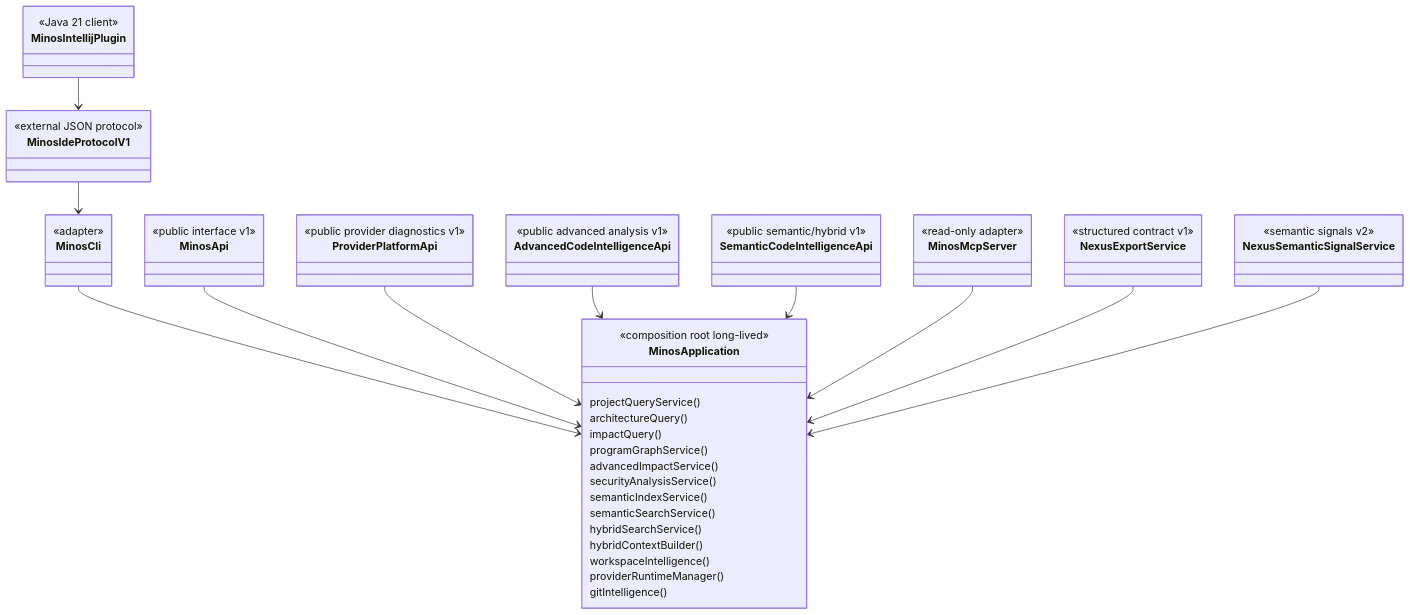
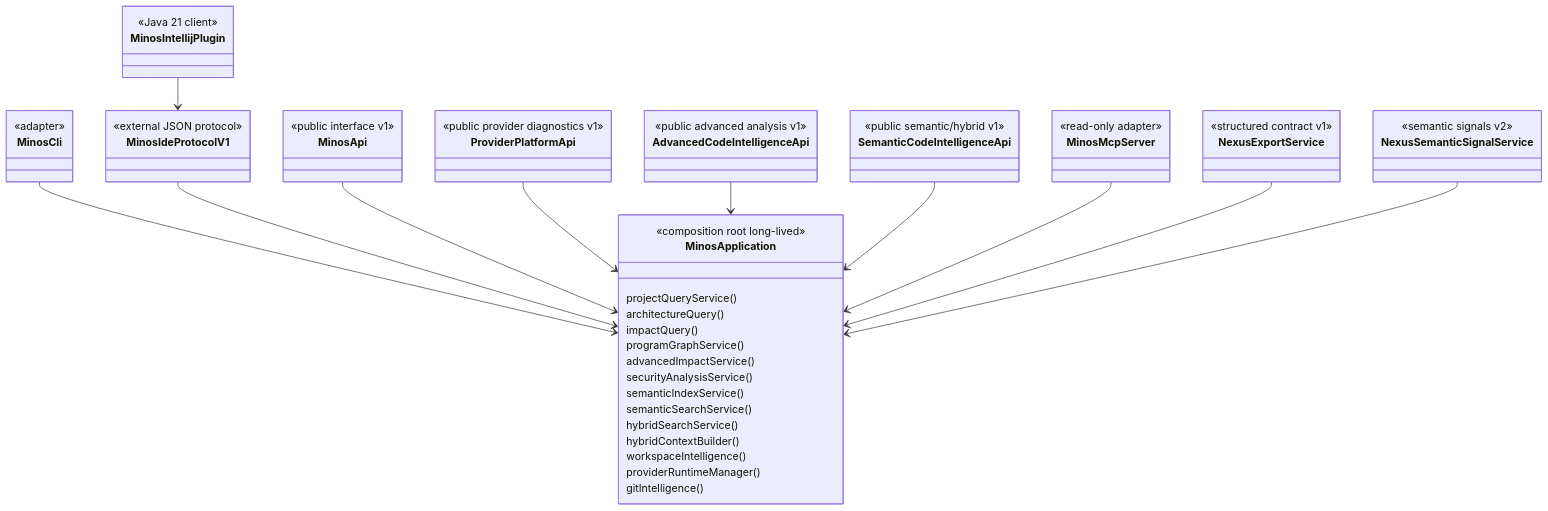
Before and after one commit to FTurleque/minos-code-intelligence: the diagram in docs/developer/public-surfaces.md, drawn with Mermaid. The commit also changed other lines of this file, not shown here.

````diff
--- a/docs/developer/public-surfaces.md
+++ b/docs/developer/public-surfaces.md
@@ -9,40 +9,40 @@
 ```mermaid
 classDiagram
     class MinosApplication {
       <<composition root long-lived>>
       projectQueryService()
       architectureQuery()
       impactQuery()
       programGraphService()
       advancedImpactService()
       securityAnalysisService()
       semanticIndexService()
       semanticSearchService()
       hybridSearchService()
       hybridContextBuilder()
       workspaceIntelligence()
       providerRuntimeManager()
       gitIntelligence()
     }
     class MinosCli { <<adapter>> }
     class MinosIdeProtocolV1 { <<external JSON protocol>> }
     class MinosIntellijPlugin { <<Java 21 client>> }
     class MinosApi { <<public interface v1>> }
     class ProviderPlatformApi { <<public provider diagnostics v1>> }
     class AdvancedCodeIntelligenceApi { <<public advanced analysis v1>> }
     class SemanticCodeIntelligenceApi { <<public semantic/hybrid v1>> }
     class MinosMcpServer { <<read-only adapter>> }
     class NexusExportService { <<structured contract v1>> }
     class NexusSemanticSignalService { <<semantic signals v2>> }
 
     MinosCli --> MinosApplication
-    MinosIdeProtocolV1 --> MinosCli
+    MinosIdeProtocolV1 --> MinosApplication
     MinosIntellijPlugin --> MinosIdeProtocolV1
     MinosApi --> MinosApplication
     ProviderPlatformApi --> MinosApplication
     AdvancedCodeIntelligenceApi --> MinosApplication
     SemanticCodeIntelligenceApi --> MinosApplication
     MinosMcpServer --> MinosApplication
     NexusExportService --> MinosApplication
     NexusSemanticSignalService --> MinosApplication
 ```
````
